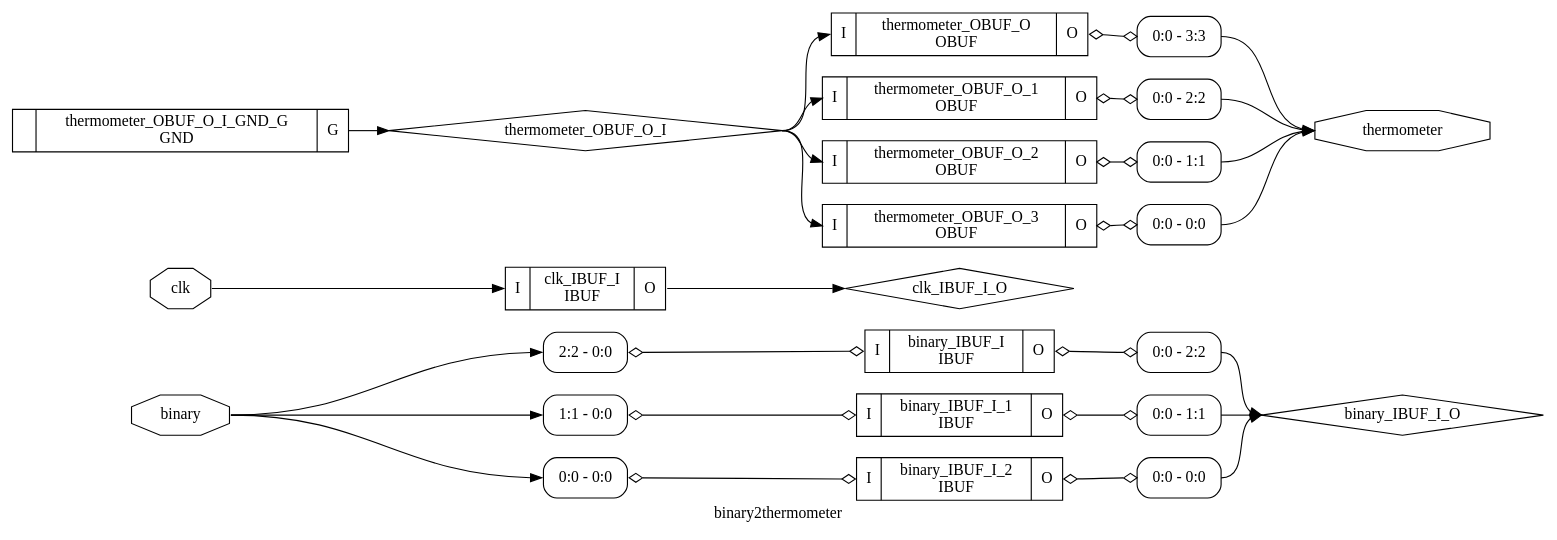
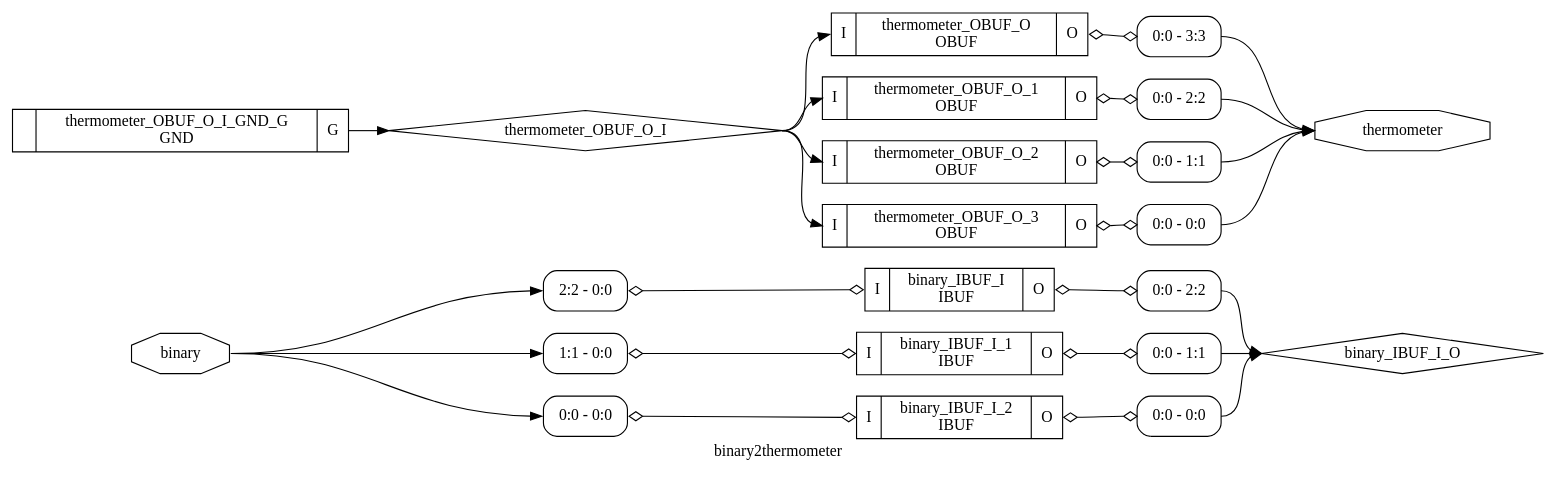
One commit to jeras/miscelaneous changed the diagram in yosys-slang/issue_01/binary2thermometer_POWER.dot. Above: the diagram before and after it, drawn with Graphviz. The commit also changed 19 other files, not shown here.

```diff
--- a/yosys-slang/issue_01/binary2thermometer_POWER.dot
+++ b/yosys-slang/issue_01/binary2thermometer_POWER.dot
@@ -1,57 +1,52 @@
 digraph "binary2thermometer" {
 label="binary2thermometer";
 rankdir="LR";
 remincross=true;
 n1 [ shape=octagon, label="binary", color="black", fontcolor="black"];
 n2 [ shape=diamond, label="binary_IBUF_I_O", color="black", fontcolor="black"];
-n3 [ shape=octagon, label="clk", color="black", fontcolor="black"];
-n4 [ shape=diamond, label="clk_IBUF_I_O", color="black", fontcolor="black"];
-n5 [ shape=octagon, label="thermometer", color="black", fontcolor="black"];
-n6 [ shape=diamond, label="thermometer_OBUF_O_I", color="black", fontcolor="black"];
-c9 [ shape=record, label="{{<p7> I}|binary_IBUF_I\nIBUF|{<p8> O}}",  ];
+n3 [ shape=octagon, label="thermometer", color="black", fontcolor="black"];
+n4 [ shape=diamond, label="thermometer_OBUF_O_I", color="black", fontcolor="black"];
+c7 [ shape=record, label="{{<p5> I}|binary_IBUF_I\nIBUF|{<p6> O}}",  ];
 x0 [ shape=record, style=rounded, label="<s0> 2:2 - 0:0 ", color="black", fontcolor="black" ];
-x0:e -> c9:p7:w [arrowhead=odiamond, arrowtail=odiamond, dir=both, color="black", fontcolor="black", label=""];
+x0:e -> c7:p5:w [arrowhead=odiamond, arrowtail=odiamond, dir=both, color="black", fontcolor="black", label=""];
 x1 [ shape=record, style=rounded, label="<s0> 0:0 - 2:2 ", color="black", fontcolor="black" ];
-c9:p8:e -> x1:w [arrowhead=odiamond, arrowtail=odiamond, dir=both, color="black", fontcolor="black", label=""];
-c10 [ shape=record, label="{{<p7> I}|binary_IBUF_I_1\nIBUF|{<p8> O}}",  ];
+c7:p6:e -> x1:w [arrowhead=odiamond, arrowtail=odiamond, dir=both, color="black", fontcolor="black", label=""];
+c8 [ shape=record, label="{{<p5> I}|binary_IBUF_I_1\nIBUF|{<p6> O}}",  ];
 x2 [ shape=record, style=rounded, label="<s0> 1:1 - 0:0 ", color="black", fontcolor="black" ];
-x2:e -> c10:p7:w [arrowhead=odiamond, arrowtail=odiamond, dir=both, color="black", fontcolor="black", label=""];
+x2:e -> c8:p5:w [arrowhead=odiamond, arrowtail=odiamond, dir=both, color="black", fontcolor="black", label=""];
 x3 [ shape=record, style=rounded, label="<s0> 0:0 - 1:1 ", color="black", fontcolor="black" ];
-c10:p8:e -> x3:w [arrowhead=odiamond, arrowtail=odiamond, dir=both, color="black", fontcolor="black", label=""];
-c11 [ shape=record, label="{{<p7> I}|binary_IBUF_I_2\nIBUF|{<p8> O}}",  ];
+c8:p6:e -> x3:w [arrowhead=odiamond, arrowtail=odiamond, dir=both, color="black", fontcolor="black", label=""];
+c9 [ shape=record, label="{{<p5> I}|binary_IBUF_I_2\nIBUF|{<p6> O}}",  ];
 x4 [ shape=record, style=rounded, label="<s0> 0:0 - 0:0 ", color="black", fontcolor="black" ];
-x4:e -> c11:p7:w [arrowhead=odiamond, arrowtail=odiamond, dir=both, color="black", fontcolor="black", label=""];
+x4:e -> c9:p5:w [arrowhead=odiamond, arrowtail=odiamond, dir=both, color="black", fontcolor="black", label=""];
 x5 [ shape=record, style=rounded, label="<s0> 0:0 - 0:0 ", color="black", fontcolor="black" ];
-c11:p8:e -> x5:w [arrowhead=odiamond, arrowtail=odiamond, dir=both, color="black", fontcolor="black", label=""];
-c12 [ shape=record, label="{{<p7> I}|clk_IBUF_I\nIBUF|{<p8> O}}",  ];
-c13 [ shape=record, label="{{<p7> I}|thermometer_OBUF_O\nOBUF|{<p8> O}}",  ];
+c9:p6:e -> x5:w [arrowhead=odiamond, arrowtail=odiamond, dir=both, color="black", fontcolor="black", label=""];
+c10 [ shape=record, label="{{<p5> I}|thermometer_OBUF_O\nOBUF|{<p6> O}}",  ];
 x6 [ shape=record, style=rounded, label="<s0> 0:0 - 3:3 ", color="black", fontcolor="black" ];
-c13:p8:e -> x6:w [arrowhead=odiamond, arrowtail=odiamond, dir=both, color="black", fontcolor="black", label=""];
-c14 [ shape=record, label="{{<p7> I}|thermometer_OBUF_O_1\nOBUF|{<p8> O}}",  ];
+c10:p6:e -> x6:w [arrowhead=odiamond, arrowtail=odiamond, dir=both, color="black", fontcolor="black", label=""];
+c11 [ shape=record, label="{{<p5> I}|thermometer_OBUF_O_1\nOBUF|{<p6> O}}",  ];
 x7 [ shape=record, style=rounded, label="<s0> 0:0 - 2:2 ", color="black", fontcolor="black" ];
-c14:p8:e -> x7:w [arrowhead=odiamond, arrowtail=odiamond, dir=both, color="black", fontcolor="black", label=""];
-c15 [ shape=record, label="{{<p7> I}|thermometer_OBUF_O_2\nOBUF|{<p8> O}}",  ];
+c11:p6:e -> x7:w [arrowhead=odiamond, arrowtail=odiamond, dir=both, color="black", fontcolor="black", label=""];
+c12 [ shape=record, label="{{<p5> I}|thermometer_OBUF_O_2\nOBUF|{<p6> O}}",  ];
 x8 [ shape=record, style=rounded, label="<s0> 0:0 - 1:1 ", color="black", fontcolor="black" ];
-c15:p8:e -> x8:w [arrowhead=odiamond, arrowtail=odiamond, dir=both, color="black", fontcolor="black", label=""];
-c16 [ shape=record, label="{{<p7> I}|thermometer_OBUF_O_3\nOBUF|{<p8> O}}",  ];
+c12:p6:e -> x8:w [arrowhead=odiamond, arrowtail=odiamond, dir=both, color="black", fontcolor="black", label=""];
+c13 [ shape=record, label="{{<p5> I}|thermometer_OBUF_O_3\nOBUF|{<p6> O}}",  ];
 x9 [ shape=record, style=rounded, label="<s0> 0:0 - 0:0 ", color="black", fontcolor="black" ];
-c16:p8:e -> x9:w [arrowhead=odiamond, arrowtail=odiamond, dir=both, color="black", fontcolor="black", label=""];
-c18 [ shape=record, label="{{}|thermometer_OBUF_O_I_GND_G\nGND|{<p17> G}}",  ];
+c13:p6:e -> x9:w [arrowhead=odiamond, arrowtail=odiamond, dir=both, color="black", fontcolor="black", label=""];
+c15 [ shape=record, label="{{}|thermometer_OBUF_O_I_GND_G\nGND|{<p14> G}}",  ];
 n1:e -> x0:s0:w [color="black", fontcolor="black", label=""];
 n1:e -> x2:s0:w [color="black", fontcolor="black", label=""];
 n1:e -> x4:s0:w [color="black", fontcolor="black", label=""];
 x1:s0:e -> n2:w [color="black", fontcolor="black", label=""];
 x3:s0:e -> n2:w [color="black", fontcolor="black", label=""];
 x5:s0:e -> n2:w [color="black", fontcolor="black", label=""];
-n3:e -> c12:p7:w [color="black", fontcolor="black", label=""];
-c12:p8:e -> n4:w [color="black", fontcolor="black", label=""];
-x6:s0:e -> n5:w [color="black", fontcolor="black", label=""];
-x7:s0:e -> n5:w [color="black", fontcolor="black", label=""];
-x8:s0:e -> n5:w [color="black", fontcolor="black", label=""];
-x9:s0:e -> n5:w [color="black", fontcolor="black", label=""];
-c18:p17:e -> n6:w [color="black", fontcolor="black", label=""];
-n6:e -> c13:p7:w [color="black", fontcolor="black", label=""];
-n6:e -> c14:p7:w [color="black", fontcolor="black", label=""];
-n6:e -> c15:p7:w [color="black", fontcolor="black", label=""];
-n6:e -> c16:p7:w [color="black", fontcolor="black", label=""];
+x6:s0:e -> n3:w [color="black", fontcolor="black", label=""];
+x7:s0:e -> n3:w [color="black", fontcolor="black", label=""];
+x8:s0:e -> n3:w [color="black", fontcolor="black", label=""];
+x9:s0:e -> n3:w [color="black", fontcolor="black", label=""];
+c15:p14:e -> n4:w [color="black", fontcolor="black", label=""];
+n4:e -> c10:p5:w [color="black", fontcolor="black", label=""];
+n4:e -> c11:p5:w [color="black", fontcolor="black", label=""];
+n4:e -> c12:p5:w [color="black", fontcolor="black", label=""];
+n4:e -> c13:p5:w [color="black", fontcolor="black", label=""];
 }
```
